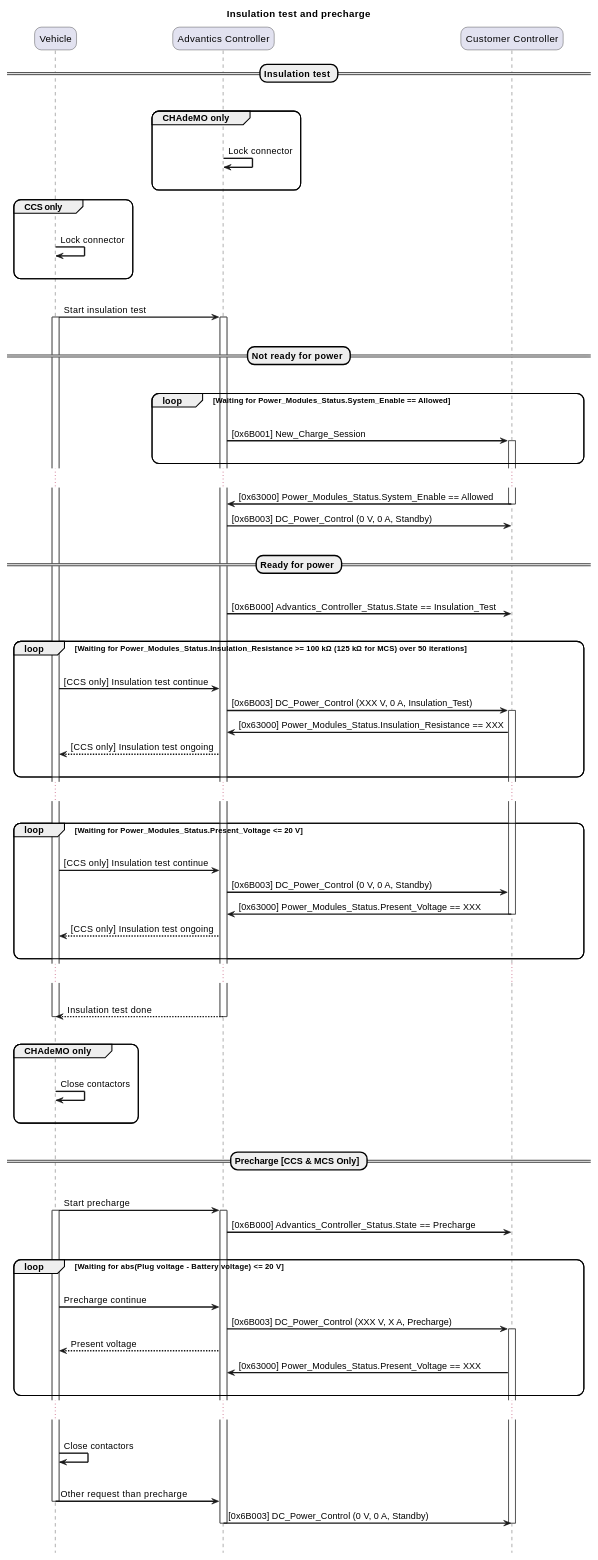
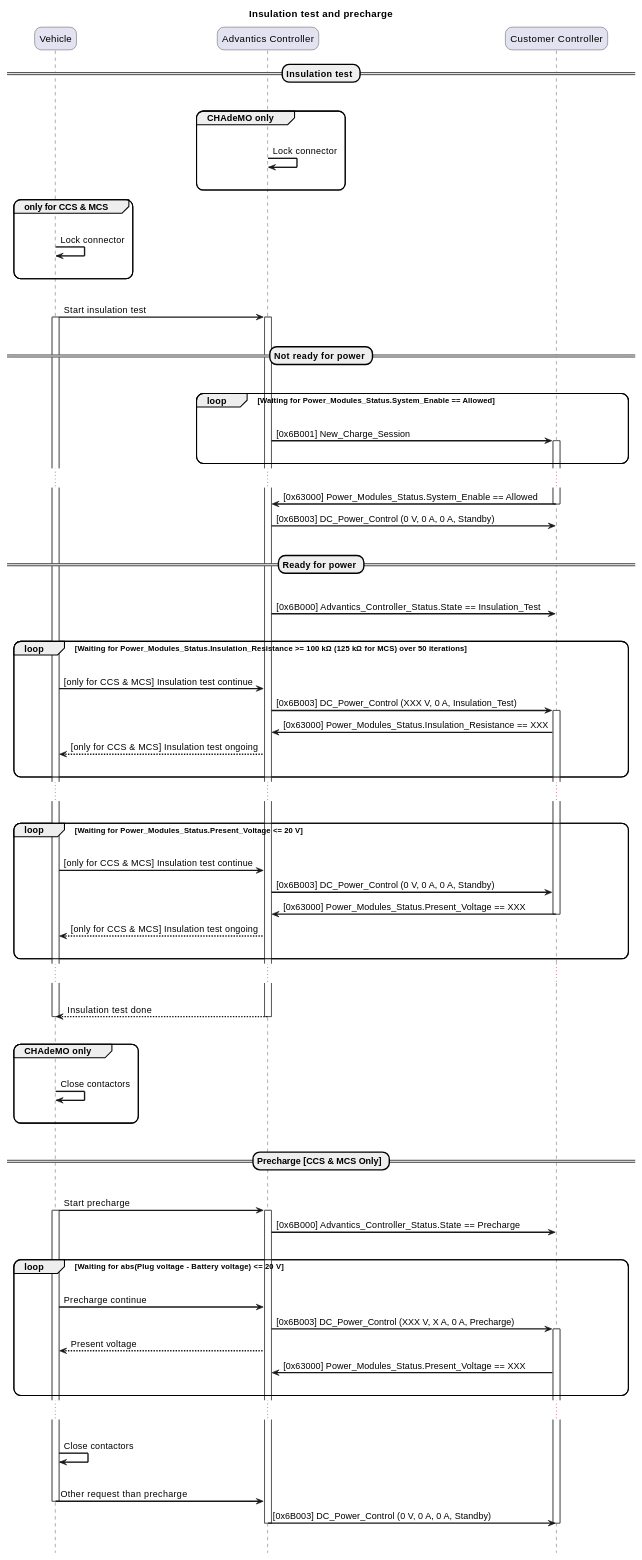
Before and after one commit to ADVANTICS/documentation: the second of 6 diagrams in charge-controllers/secc_generic/power_transfer_sequence_diagram.md, drawn with PlantUML. The commit also changed other lines of this file, not shown here.

Commit message:
Fix, use the updated sequences v3 as source for the Power Transfer Sequence Diagram

```diff
--- a/charge-controllers/secc_generic/power_transfer_sequence_diagram.md
+++ b/charge-controllers/secc_generic/power_transfer_sequence_diagram.md
@@ -111,7 +111,7 @@
   |||
 end group
 
-group CCS only
+group only for CCS & MCS
   |||
   PEV -> PEV: Lock connector
   |||
@@ -135,7 +135,7 @@
 ...
 Charger -> EVSE: [0x63000] Power_Modules_Status.System_Enable == Allowed
 deactivate Charger
-EVSE -> Charger: [0x6B003] DC_Power_Control (0 V, 0 A, Standby)
+EVSE -> Charger: [0x6B003] DC_Power_Control (0 V, 0 A, 0 A, Standby)
 
 |||
 == Ready for power ==
@@ -145,11 +145,11 @@
 |||
 loop Waiting for Power_Modules_Status.Insulation_Resistance >= 100 kΩ (125 kΩ for MCS) over 50 iterations
   |||
-  PEV -> EVSE: [CCS only] Insulation test continue
+  PEV -> EVSE: [only for CCS & MCS] Insulation test continue
   EVSE -> Charger: [0x6B003] DC_Power_Control (XXX V, 0 A, Insulation_Test)
   activate Charger
   Charger -> EVSE: [0x63000] Power_Modules_Status.Insulation_Resistance == XXX
-  EVSE --> PEV: [CCS only] Insulation test ongoing
+  EVSE --> PEV: [only for CCS & MCS] Insulation test ongoing
   |||
 end loop
 ...
@@ -157,11 +157,11 @@
 
 loop Waiting for Power_Modules_Status.Present_Voltage <= 20 V
   |||
-  PEV -> EVSE: [CCS only] Insulation test continue
-  EVSE -> Charger: [0x6B003] DC_Power_Control (0 V, 0 A, Standby)
+  PEV -> EVSE: [only for CCS & MCS] Insulation test continue
+  EVSE -> Charger: [0x6B003] DC_Power_Control (0 V, 0 A, 0 A, Standby)
   Charger -> EVSE: [0x63000] Power_Modules_Status.Present_Voltage == XXX
   deactivate Charger
-  EVSE --> PEV: [CCS only] Insulation test ongoing
+  EVSE --> PEV: [only for CCS & MCS] Insulation test ongoing
   |||
 end loop
 ...
@@ -190,7 +190,7 @@
 loop Waiting for abs(Plug voltage - Battery voltage) <= 20 V
   |||
   PEV -> EVSE: Precharge continue
-  EVSE -> Charger: [0x6B003] DC_Power_Control (XXX V, X A, Precharge)
+  EVSE -> Charger: [0x6B003] DC_Power_Control (XXX V, X A, 0 A, Precharge)
   activate Charger
   EVSE --> PEV: Present voltage
   Charger -> EVSE: [0x63000] Power_Modules_Status.Present_Voltage == XXX
@@ -204,7 +204,7 @@
 
 PEV -> EVSE: Other request than precharge
 deactivate PEV
-EVSE -> Charger: [0x6B003] DC_Power_Control (0 V, 0 A, Standby)
+EVSE -> Charger: [0x6B003] DC_Power_Control (0 V, 0 A, 0 A, Standby)
 deactivate Charger
 deactivate EVSE
 |||
```
